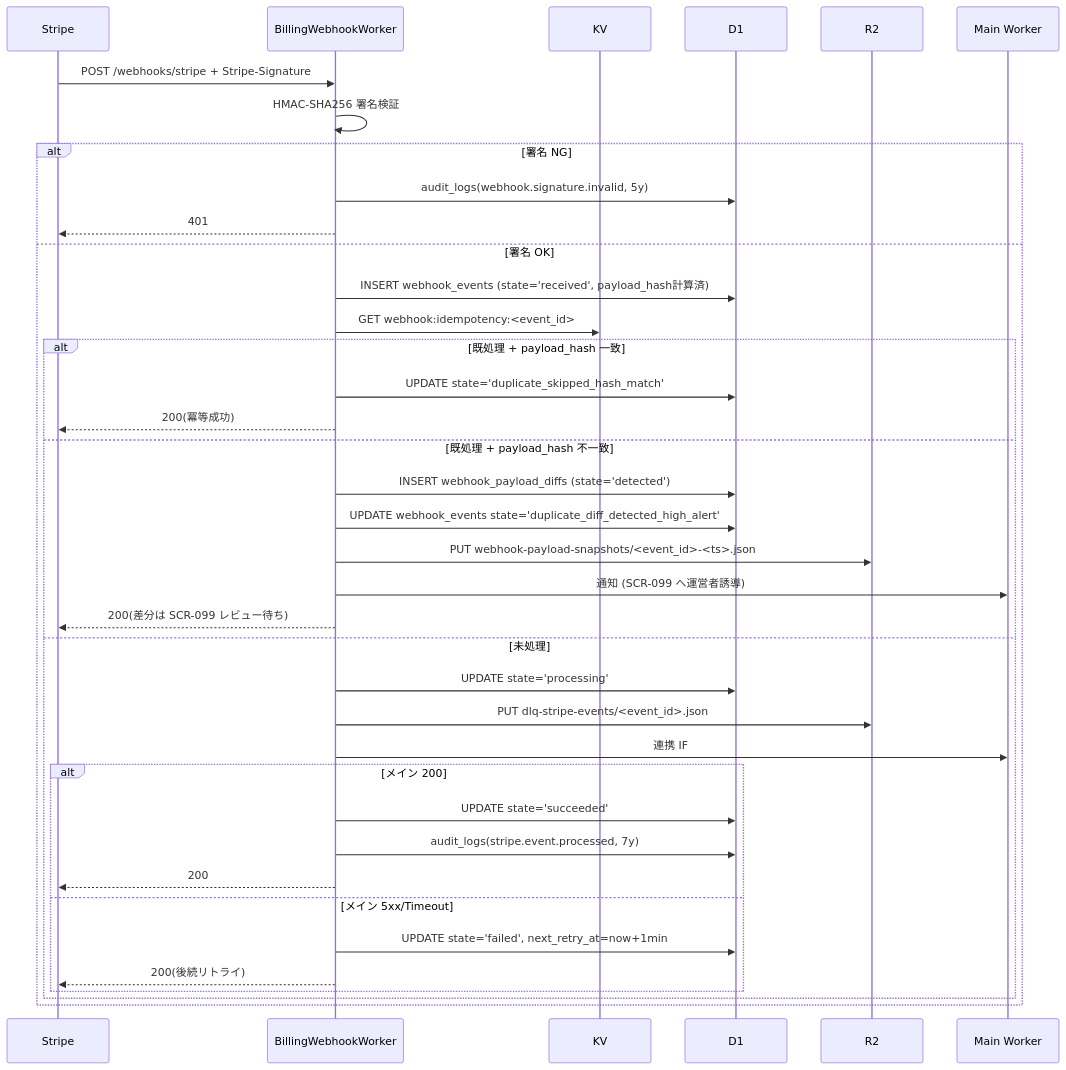
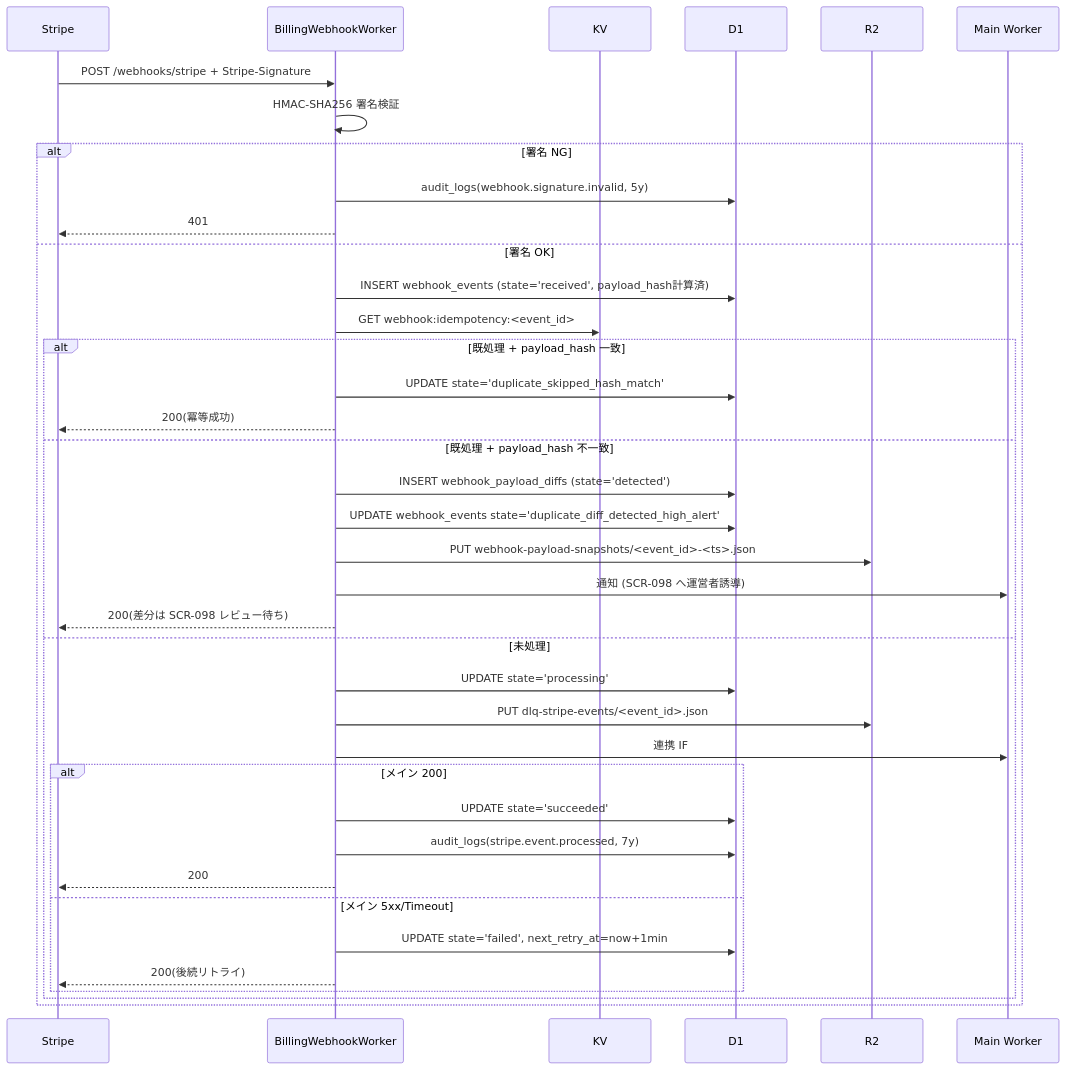
One commit to sikakou54/open-faq changed the diagram in 02_運営者システム/03_詳細設計/DD04_Stripe_Webhook一次受信.md. Above: the diagram before and after it, drawn with Mermaid. The commit also changed other lines of this file and 118 other files, not shown here.

````diff
--- a/02_運営者システム/03_詳細設計/DD04_Stripe_Webhook一次受信.md
+++ b/02_運営者システム/03_詳細設計/DD04_Stripe_Webhook一次受信.md
@@ -55,41 +55,41 @@
 ```mermaid
 sequenceDiagram
     participant Stripe
     participant Worker as BillingWebhookWorker
     participant KV
     participant D1
     participant R2
     participant Main as Main Worker
 
     Stripe->>Worker: POST /webhooks/stripe + Stripe-Signature
     Worker->>Worker: HMAC-SHA256 署名検証
     alt 署名 NG
         Worker->>D1: audit_logs(webhook.signature.invalid, 5y)
         Worker-->>Stripe: 401
     else 署名 OK
         Worker->>D1: INSERT webhook_events (state='received', payload_hash計算済)
         Worker->>KV: GET webhook:idempotency:<event_id>
         alt 既処理 + payload_hash 一致
             Worker->>D1: UPDATE state='duplicate_skipped_hash_match'
             Worker-->>Stripe: 200(冪等成功)
         else 既処理 + payload_hash 不一致
             Worker->>D1: INSERT webhook_payload_diffs (state='detected')
             Worker->>D1: UPDATE webhook_events state='duplicate_diff_detected_high_alert'
             Worker->>R2: PUT webhook-payload-snapshots/<event_id>-<ts>.json
-            Worker->>Main: 通知 (SCR-099 へ運営者誘導)
-            Worker-->>Stripe: 200(差分は SCR-099 レビュー待ち)
+            Worker->>Main: 通知 (SCR-098 へ運営者誘導)
+            Worker-->>Stripe: 200(差分は SCR-098 レビュー待ち)
         else 未処理
             Worker->>D1: UPDATE state='processing'
             Worker->>R2: PUT dlq-stripe-events/<event_id>.json
             Worker->>Main: 連携 IF #10 (mTLS + JWT)
             alt メイン 200
                 Worker->>D1: UPDATE state='succeeded'
                 Worker->>D1: audit_logs(stripe.event.processed, 7y)
                 Worker-->>Stripe: 200
             else メイン 5xx/Timeout
                 Worker->>D1: UPDATE state='failed', next_retry_at=now+1min
                 Worker-->>Stripe: 200(後続リトライ)
             end
         end
     end
 ```
````
